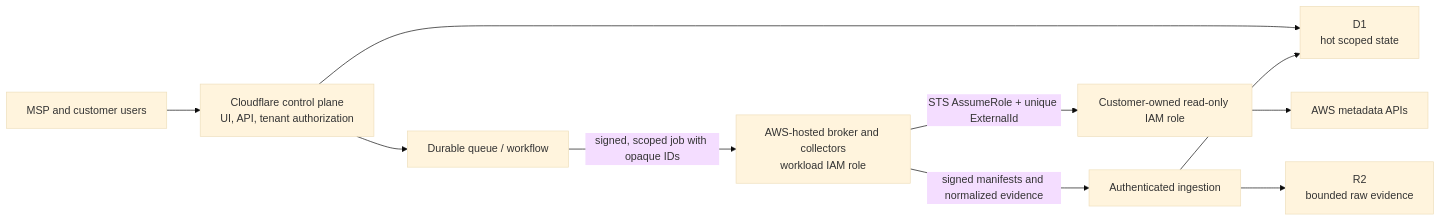
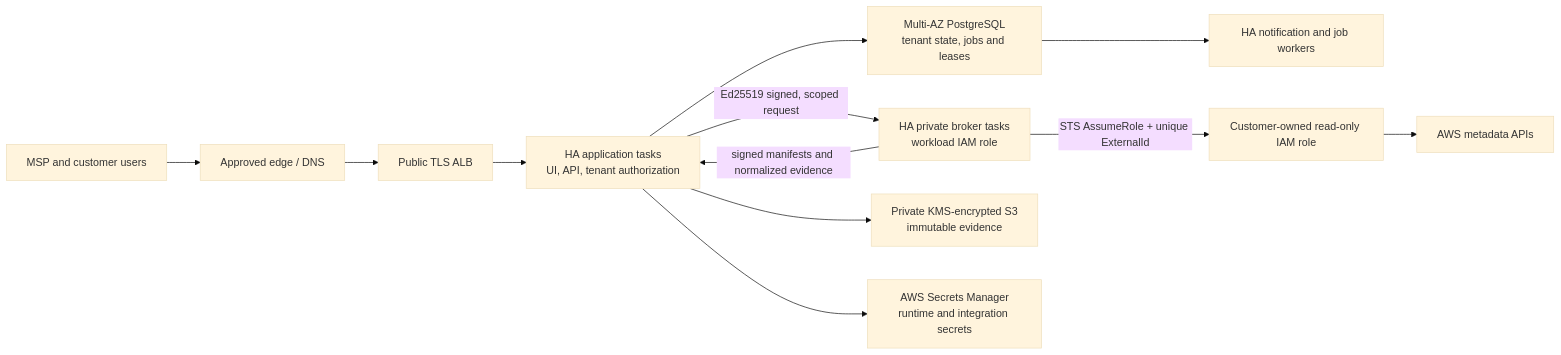
The diagram in README.md (ydsveluvolu2996/Sutra), drawn with Mermaid (base theme) before and after one commit. The commit also changed other lines of this file and 1264 other files, not shown here.

````diff
--- a/README.md
+++ b/README.md
@@ -112,12 +120,14 @@
 ```mermaid
 flowchart LR
-  U["MSP and customer users"] --> C["Cloudflare control plane<br/>UI, API, tenant authorization"]
-  C --> D["D1<br/>hot scoped state"]
-  C --> Q["Durable queue / workflow"]
-  Q -->|"signed, scoped job with opaque IDs"| B["AWS-hosted broker and collectors<br/>workload IAM role"]
+  U["MSP and customer users"] --> E["Approved edge / DNS"]
+  E --> A["Public TLS ALB"]
+  A --> C["HA application tasks<br/>UI, API, tenant authorization"]
+  C --> D["Multi-AZ PostgreSQL<br/>tenant state, jobs and leases"]
+  D --> W["HA notification and job workers"]
+  C -->|"Ed25519 signed, scoped request"| B["HA private broker tasks<br/>workload IAM role"]
   B -->|"STS AssumeRole + unique ExternalId"| R["Customer-owned read-only IAM role"]
-  R --> A["AWS metadata APIs"]
-  B -->|"signed manifests and normalized evidence"| I["Authenticated ingestion"]
-  I --> D
-  I --> O["R2<br/>bounded raw evidence"]
+  R --> AWSAPI["AWS metadata APIs"]
+  B -->|"signed manifests and normalized evidence"| C
+  C --> O["Private KMS-encrypted S3<br/>immutable evidence"]
+  C --> S["AWS Secrets Manager<br/>runtime and integration secrets"]
 ```
````
